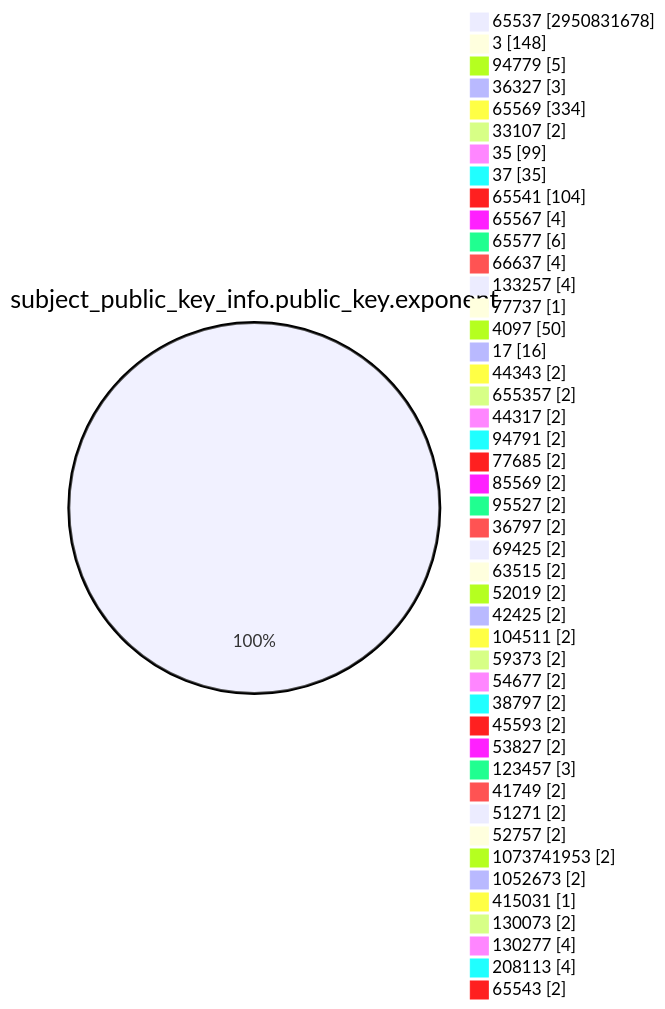
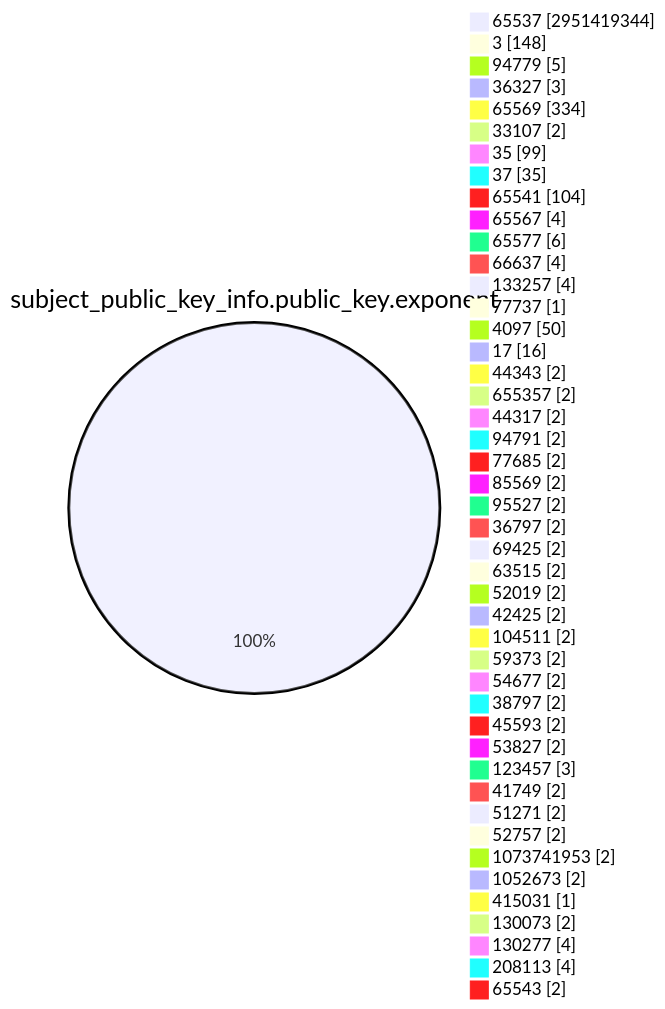
One commit to christiankrug/ctmonitor_visualization changed the fourth of 15 diagrams in TOTAL/README.md. Above: the diagram before and after it, drawn with Mermaid. The commit also changed other lines of this file, not shown here.

````diff
--- a/TOTAL/README.md
+++ b/TOTAL/README.md
@@ -1471,49 +1471,49 @@
 ```mermaid
 pie showData
 title subject_public_key_info.public_key.exponent
-"65537" :2950831678
+"65537" :2951419344
 "3" :148
 "94779" :5
 "36327" :3
 "65569" :334
 "33107" :2
 "35" :99
 "37" :35
 "65541" :104
 "65567" :4
 "65577" :6
 "66637" :4
 "133257" :4
 "77737" :1
 "4097" :50
 "17" :16
 "44343" :2
 "655357" :2
 "44317" :2
 "94791" :2
 "77685" :2
 "85569" :2
 "95527" :2
 "36797" :2
 "69425" :2
 "63515" :2
 "52019" :2
 "42425" :2
 "104511" :2
 "59373" :2
 "54677" :2
 "38797" :2
 "45593" :2
 "53827" :2
 "123457" :3
 "41749" :2
 "51271" :2
 "52757" :2
 "1073741953" :2
 "1052673" :2
 "415031" :1
 "130073" :2
 "130277" :4
 "208113" :4
 "65543" :2
 ```
````
